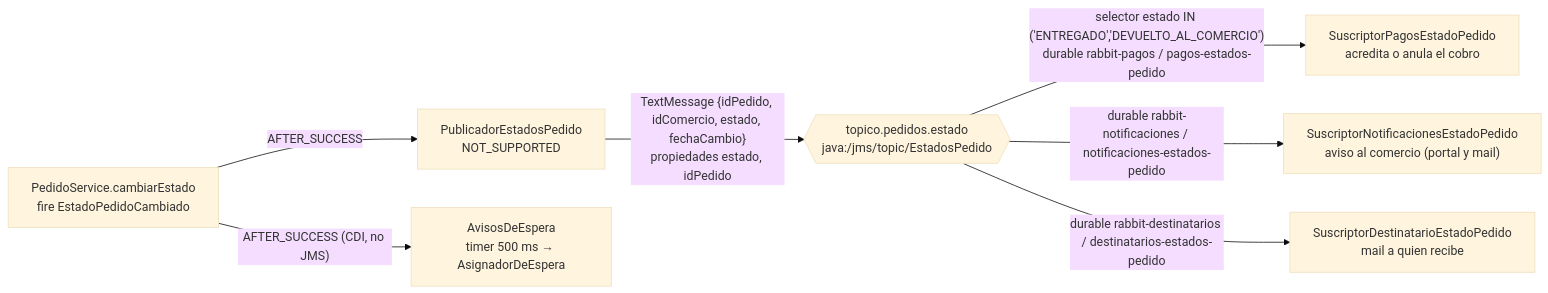
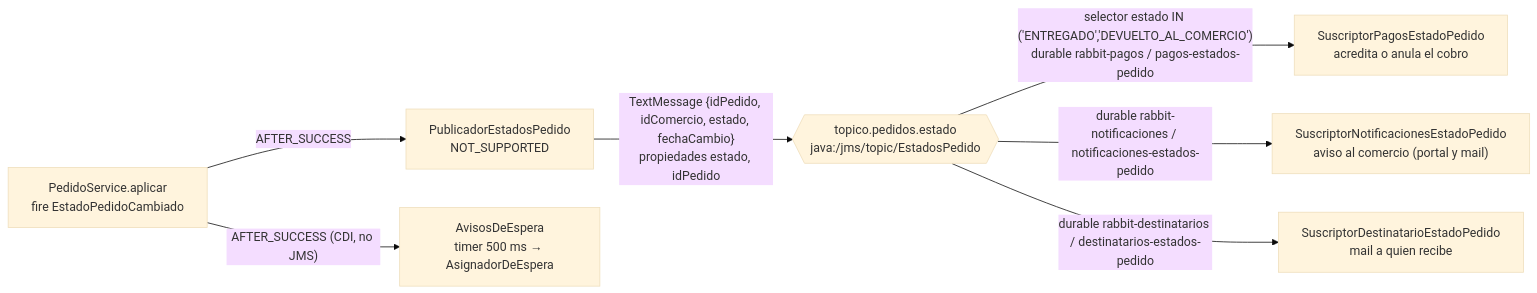
The diagram in docs/entrega/diagramas/14-topico.mmd (feliforte14/Rabbit), drawn with Mermaid (base theme) before and after one commit. The commit also changed 8 other files, not shown here.

```diff
--- a/docs/entrega/diagramas/14-topico.mmd
+++ b/docs/entrega/diagramas/14-topico.mmd
@@ -1,7 +1,7 @@
 flowchart LR
-    CE["PedidoService.cambiarEstado<br/>fire EstadoPedidoCambiado"] -->|"AFTER_SUCCESS"| PUB["PublicadorEstadosPedido<br/>NOT_SUPPORTED"]
+    CE["PedidoService.aplicar<br/>fire EstadoPedidoCambiado"] -->|"AFTER_SUCCESS"| PUB["PublicadorEstadosPedido<br/>NOT_SUPPORTED"]
     PUB -->|"TextMessage {idPedido, idComercio, estado, fechaCambio}<br/>propiedades estado, idPedido"| T{{"topico.pedidos.estado<br/>java:/jms/topic/EstadosPedido"}}
     T -->|"selector estado IN ('ENTREGADO','DEVUELTO_AL_COMERCIO')<br/>durable rabbit-pagos / pagos-estados-pedido"| PAG["SuscriptorPagosEstadoPedido<br/>acredita o anula el cobro"]
     T -->|"durable rabbit-notificaciones / notificaciones-estados-pedido"| NOT["SuscriptorNotificacionesEstadoPedido<br/>aviso al comercio (portal y mail)"]
     T -->|"durable rabbit-destinatarios / destinatarios-estados-pedido"| DES["SuscriptorDestinatarioEstadoPedido<br/>mail a quien recibe"]
     CE -->|"AFTER_SUCCESS (CDI, no JMS)"| AE["AvisosDeEspera<br/>timer 500 ms → AsignadorDeEspera"]
```
